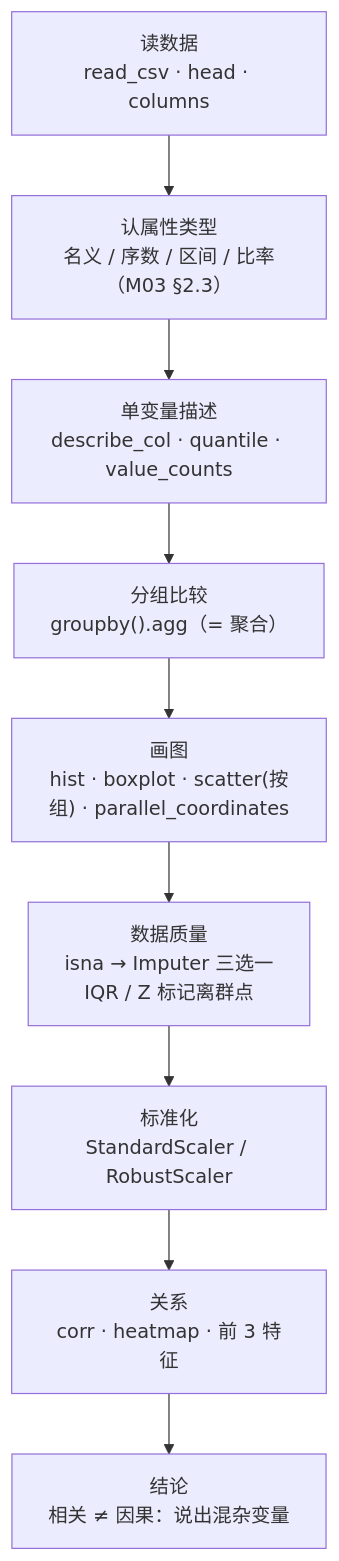
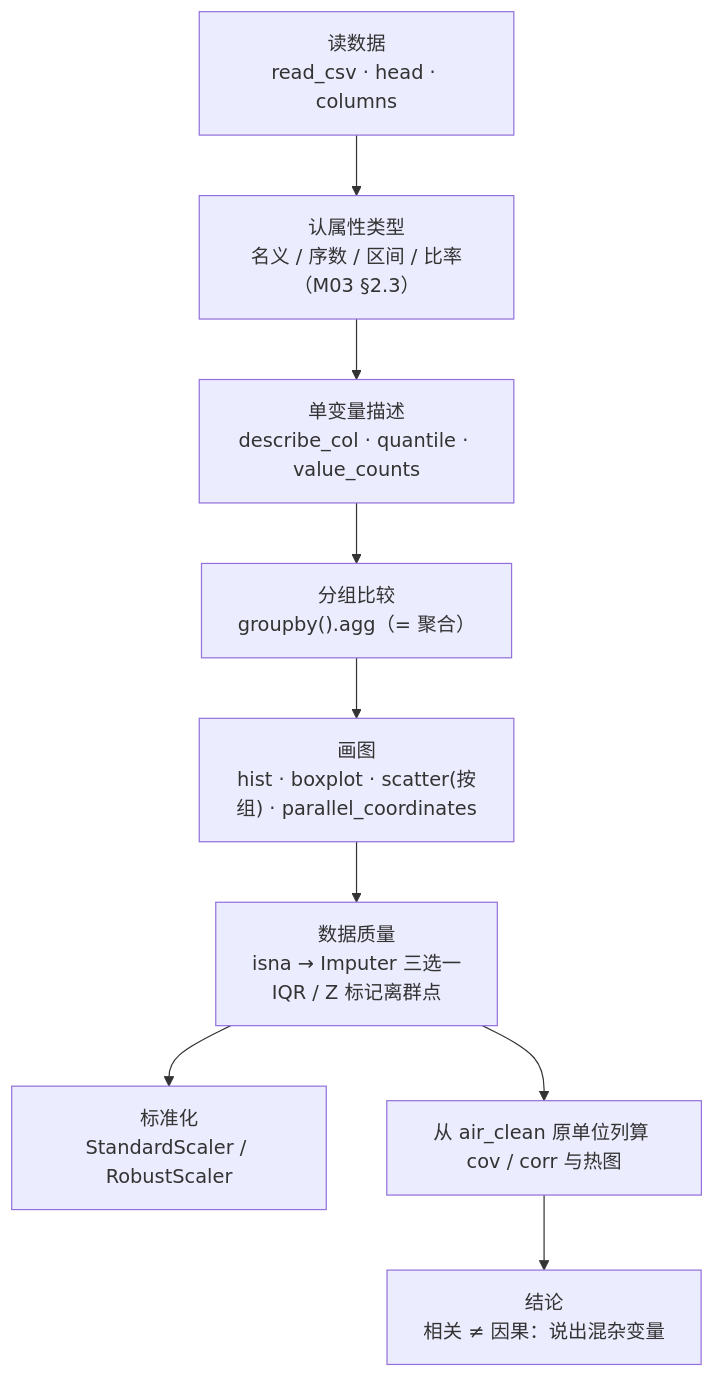
Before and after one commit to CercaTrovato/cityu-ai-course-notes: diagram 13 of 14 in IS6400_Business_Data_Analytics/notes/T03-数据探索实战-Iris与Airbnb的描述统计.md, drawn with Mermaid. The commit also changed other lines of this file and 2300 other files, not shown here.

First line of the commit message:
完善五课程逐页学习笔记、课件原图与修补规范

````diff
--- a/IS6400_Business_Data_Analytics/notes/T03-数据探索实战-Iris与Airbnb的描述统计.md
+++ b/IS6400_Business_Data_Analytics/notes/T03-数据探索实战-Iris与Airbnb的描述统计.md
@@ -1248,11 +1283,11 @@
 ```mermaid
 flowchart TD
     A["读数据<br/>read_csv · head · columns"] --> B["认属性类型<br/>名义 / 序数 / 区间 / 比率（M03 §2.3）"]
     B --> C["单变量描述<br/>describe_col · quantile · value_counts"]
     C --> D["分组比较<br/>groupby().agg（= 聚合）"]
     D --> E["画图<br/>hist · boxplot · scatter(按组) · parallel_coordinates"]
     E --> F["数据质量<br/>isna → Imputer 三选一<br/>IQR / Z 标记离群点"]
     F --> G["标准化<br/>StandardScaler / RobustScaler"]
-    G --> H["关系<br/>corr · heatmap · 前 3 特征"]
+    F --> H["从 air_clean 原单位列算 cov / corr 与热图"]
     H --> I["结论<br/>相关 ≠ 因果：说出混杂变量"]
 ```
````
